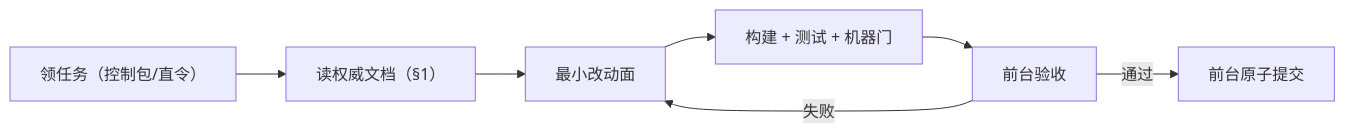
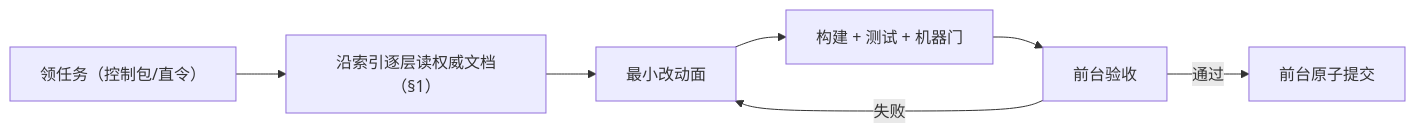
The first of 2 diagrams in AGENTS.md (fujiaze/Astro-CS-Database), drawn with Mermaid before and after one commit. The commit also changed other lines of this file and 4 other files, not shown here.

````diff
--- a/AGENTS.md
+++ b/AGENTS.md
@@ -59,9 +58,9 @@
 ```mermaid
 flowchart LR
-    A["领任务（控制包/直令）"] --> B["读权威文档（§1）"]
+    A["领任务（控制包/直令）"] --> B["沿索引逐层读权威文档（§1）"]
     B --> C["最小改动面"]
     C --> D["构建 + 测试 + 机器门"]
     D --> E["前台验收"]
     E -->|通过| F["前台原子提交"]
     E -->|失败| C
 ```
````
